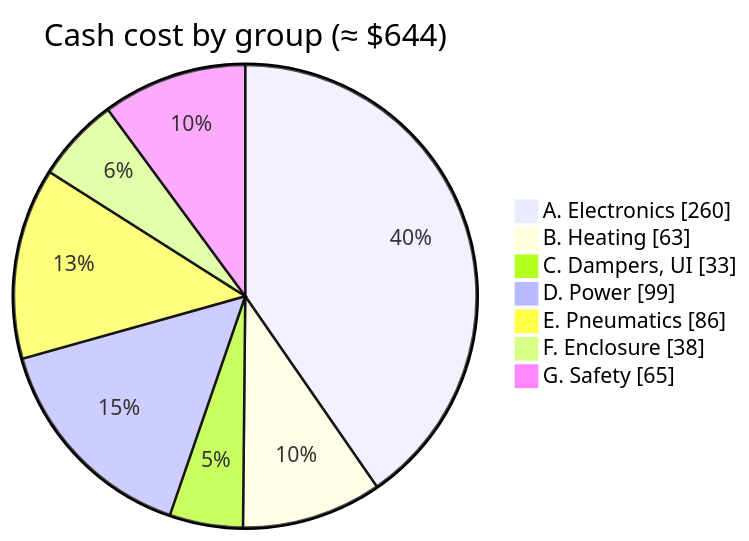
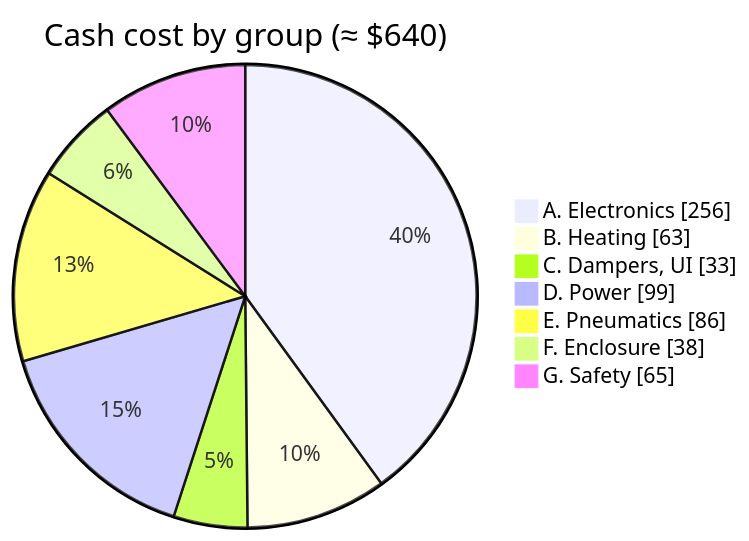
One commit to BashfulBits/3dp-fleet-exhaust changed the diagram in docs/03_bill_of_materials.md. Above: the diagram before and after it, drawn with Mermaid. The commit also changed other lines of this file and 5 other files, not shown here.

````diff
--- a/docs/03_bill_of_materials.md
+++ b/docs/03_bill_of_materials.md
@@ -28,11 +28,11 @@
 ```mermaid
 pie showData
-  title Cash cost by group (≈ $644)
-  "A. Electronics" : 260
+  title Cash cost by group (≈ $640)
+  "A. Electronics" : 256
   "B. Heating" : 63
   "C. Dampers, UI" : 33
   "D. Power" : 99
   "E. Pneumatics" : 86
   "F. Enclosure" : 38
   "G. Safety" : 65
 ```
````
